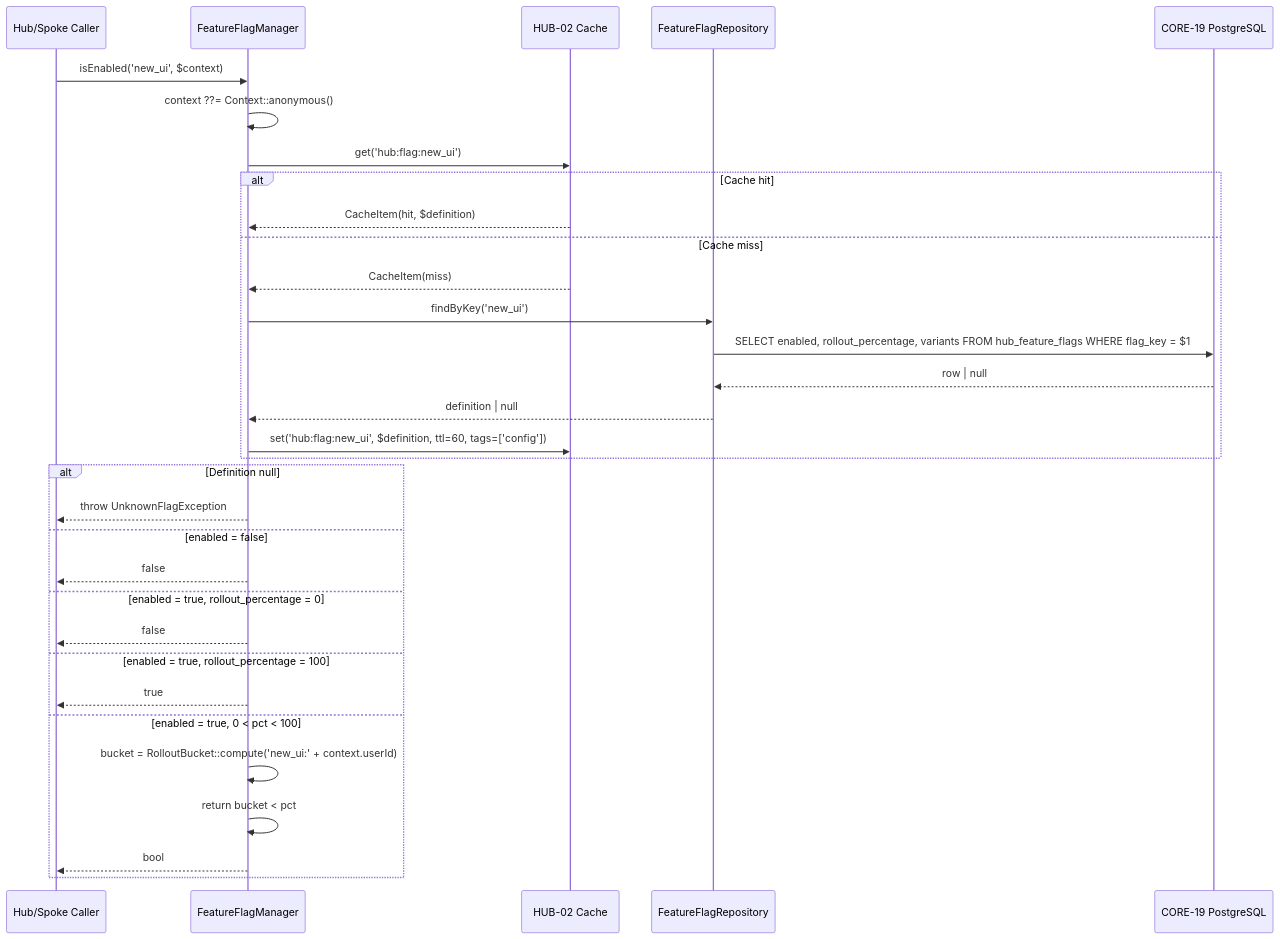
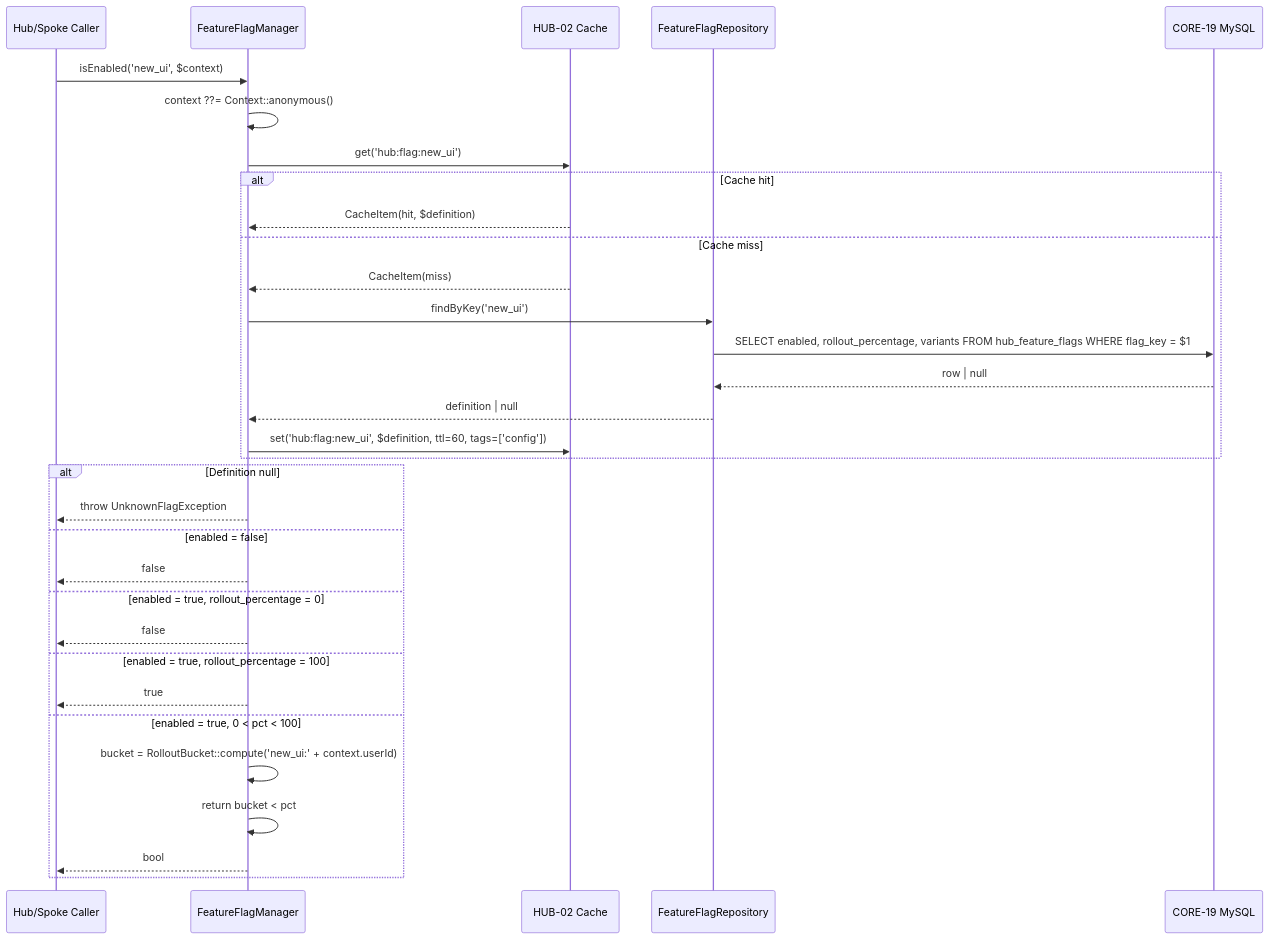
The first of 3 diagrams in Architecture/Hub/HUB-01.md (DGCodeIdeas/DGLab), drawn with Mermaid before and after one commit. The commit also changed other lines of this file and 41 other files, not shown here.

First line of the commit message:
refactor(architecture): pivot primary datastore to MySQL 8 and promote blueprints

````diff
--- a/Architecture/Hub/HUB-01.md
+++ b/Architecture/Hub/HUB-01.md
@@ -426,36 +426,36 @@
 ```mermaid
 sequenceDiagram
     participant Caller as Hub/Spoke Caller
     participant FFM as FeatureFlagManager
     participant Cache as HUB-02 Cache
     participant Repo as FeatureFlagRepository
-    participant DB as CORE-19 PostgreSQL
+    participant DB as CORE-19 MySQL
 
     Caller->>FFM: isEnabled('new_ui', $context)
     FFM->>FFM: context ??= Context::anonymous()
     FFM->>Cache: get('hub:flag:new_ui')
     alt Cache hit
         Cache-->>FFM: CacheItem(hit, $definition)
     else Cache miss
         Cache-->>FFM: CacheItem(miss)
         FFM->>Repo: findByKey('new_ui')
         Repo->>DB: SELECT enabled, rollout_percentage, variants FROM hub_feature_flags WHERE flag_key = $1
         DB-->>Repo: row | null
         Repo-->>FFM: definition | null
         FFM->>Cache: set('hub:flag:new_ui', $definition, ttl=60, tags=['config'])
     end
 
     alt Definition null
         FFM-->>Caller: throw UnknownFlagException
     else enabled = false
         FFM-->>Caller: false
     else enabled = true, rollout_percentage = 0
         FFM-->>Caller: false
     else enabled = true, rollout_percentage = 100
         FFM-->>Caller: true
     else enabled = true, 0 < pct < 100
         FFM->>FFM: bucket = RolloutBucket::compute('new_ui:' + context.userId)
         FFM->>FFM: return bucket < pct
         FFM-->>Caller: bool
     end
 ```
````
